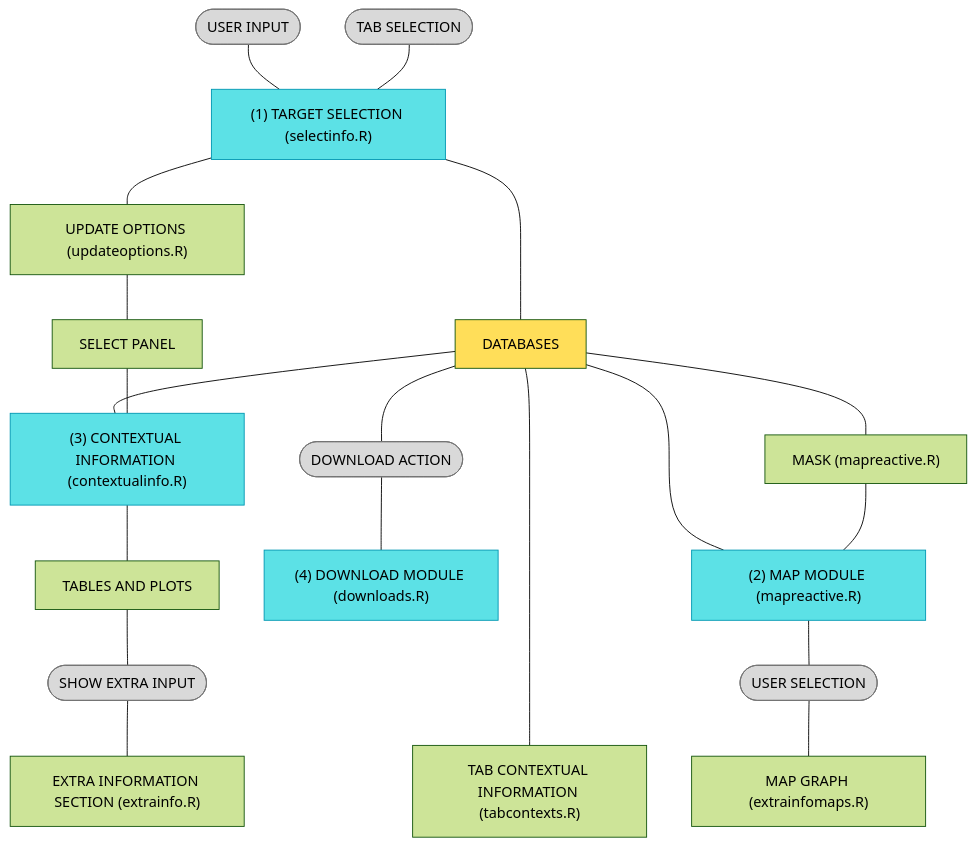
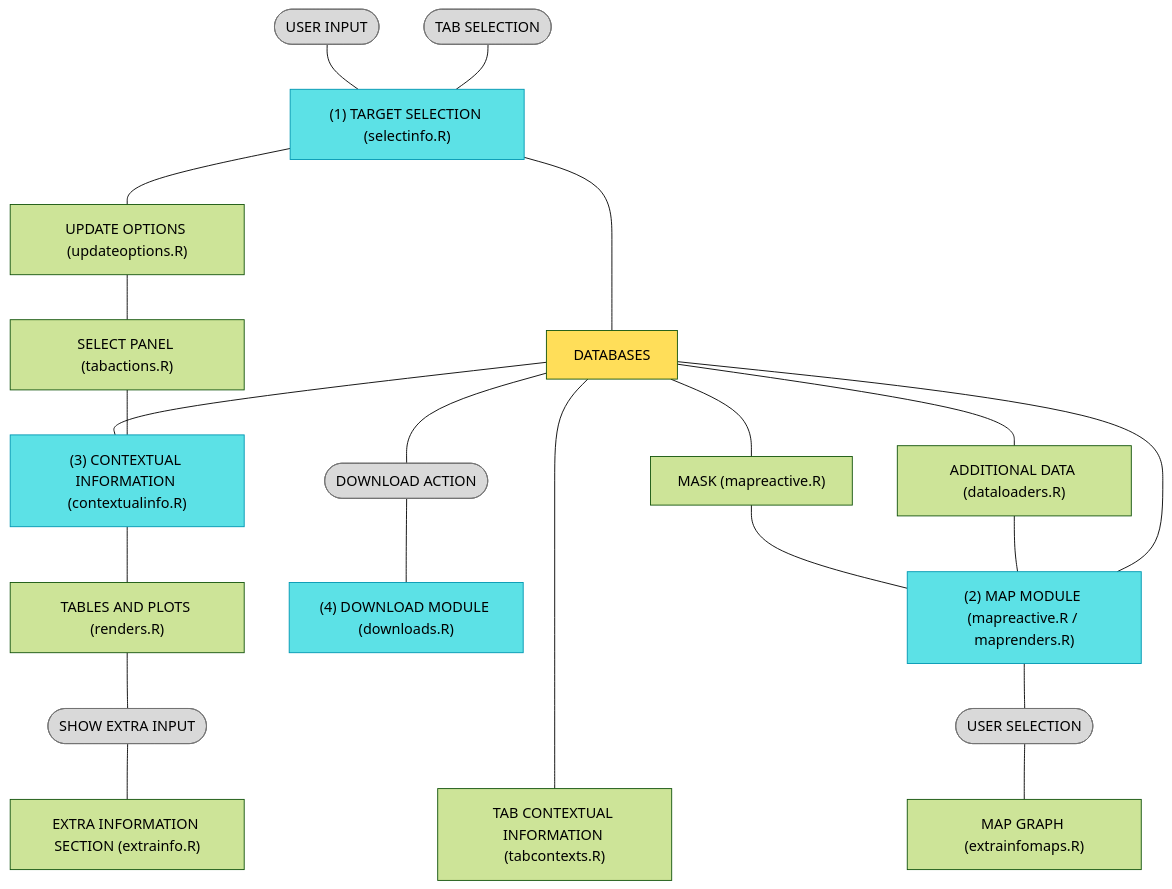
Before and after one commit to iobis/mpaeu_map_platform: the diagram in README.md, drawn with Mermaid (forest theme). The commit also changed other lines of this file and 21 other files, not shown here.

````diff
--- a/README.md
+++ b/README.md
@@ -13,55 +13,60 @@
 ```mermaid
 flowchart
 	n1["(1) TARGET SELECTION"]
 	n2@{ shape: "stadium", label: "Stadium" }
 	n2@{ shape: "stadium", label: "USER INPUT" } --- n1
 	n3@{ shape: "stadium", label: "Stadium" }
 	n3@{ shape: "stadium", label: "TAB SELECTION" } --- n1
 	style n1 fill:#5CE1E6,stroke:#0097B2
 	n4["CONTEXTUAL INFORMATION"]
 	n5@{ label: "Rectangle" }
 	style n5 fill:#FFDE59
 	n5["DATABASES"]
 	n1["(1) TARGET SELECTION (selectinfo.R)"] --- n5
 	n5 --- n4["(3) CONTEXTUAL INFORMATION (contextualinfo.R)"]
 	style n4 fill:#5CE1E6,stroke:#0097B2
 	n17@{ label: "Rectangle" }
 	n5 ------ n17["TAB CONTEXTUAL INFORMATION (tabcontexts.R)"]
 	n6["(2) MAP MODULE"]
 	style n6 fill:#5CE1E6,stroke:#0097B2
-	n5 --- n6
+	n5
+	n6
 	n7["MASK"]
 	n5 --- n7
 	n7["MASK (mapreactive.R)"] --- n6
 	n8["MAP GRAPH"]
 	n9@{ shape: "stadium", label: "USER SELECTION" }
 	n6["(2) MAP MODULE (mapreactive.R)"] --- n9
 	n9 --- n8["MAP GRAPH (extrainfomaps.R)"]
 	n10@{ shape: "stadium", label: "DOWNLOAD ACTION" }
 	n5 --- n10
 	n11["(4) DOWNLOAD MODULE (downloads.R)"]
 	style n11 fill:#5CE1E6,stroke:#0097B2
 	n10 --- n11
 	n12["SELECT PANEL"]
 	n4
 	n12
 	n13["UPDATE OPTIONS"]
 	n13 --- n12
 	n1 --- n13["UPDATE OPTIONS (updateoptions.R)"]
 	n14["TABLES AND PLOTS"]
 	n4
 	n14
 	n15@{ shape: "stadium", label: "SHOW EXTRA INPUT" }
 	n14 --- n15
-	n4 --- n14
+	n4 --- n14["TABLES AND PLOTS (renders.R)"]
 	n16["EXTRA INFORMATION SECTION"]
 	n15 --- n16["EXTRA INFORMATION SECTION (extrainfo.R)"]
 	n5
 	n12
-	n12 --- n4
+	n12["SELECT PANEL (tabactions.R)"] --- n4
 	style n2 fill:#D9D9D9,stroke:#737373
 	style n3 fill:#D9D9D9,stroke:#737373
 	style n9 fill:#D9D9D9,stroke:#737373
 	style n10 fill:#D9D9D9,stroke:#737373
 	style n15 fill:#D9D9D9,stroke:#737373
+	n18["ADDITIONAL DATA (dataloaders.R)"]
+	n5 --- n18
+	n18 --- n6
+	n5 --- n6["(2) MAP MODULE (mapreactive.R / maprenders.R)"]
 ```
````
